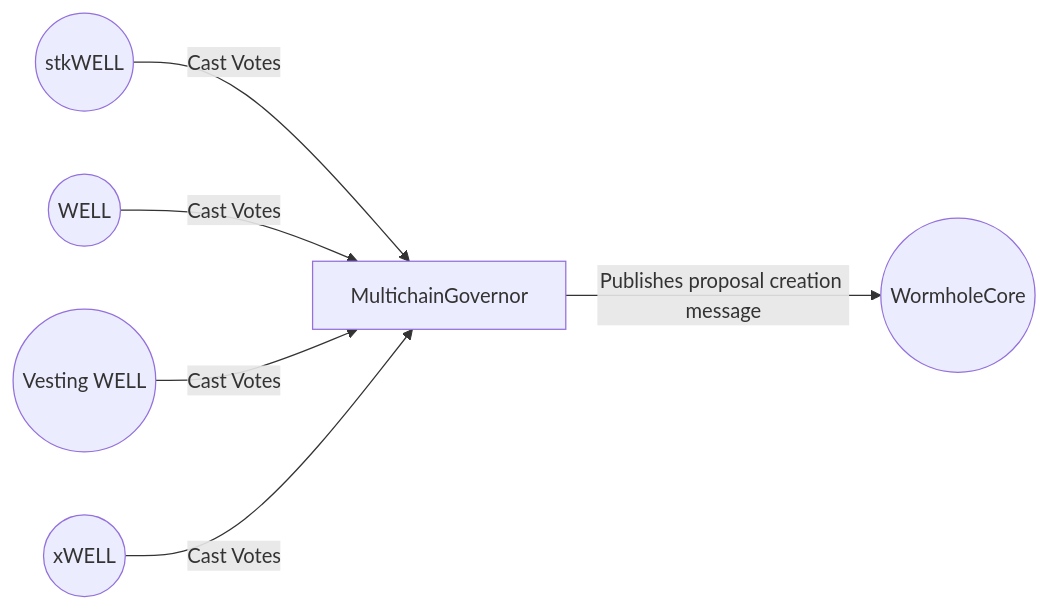
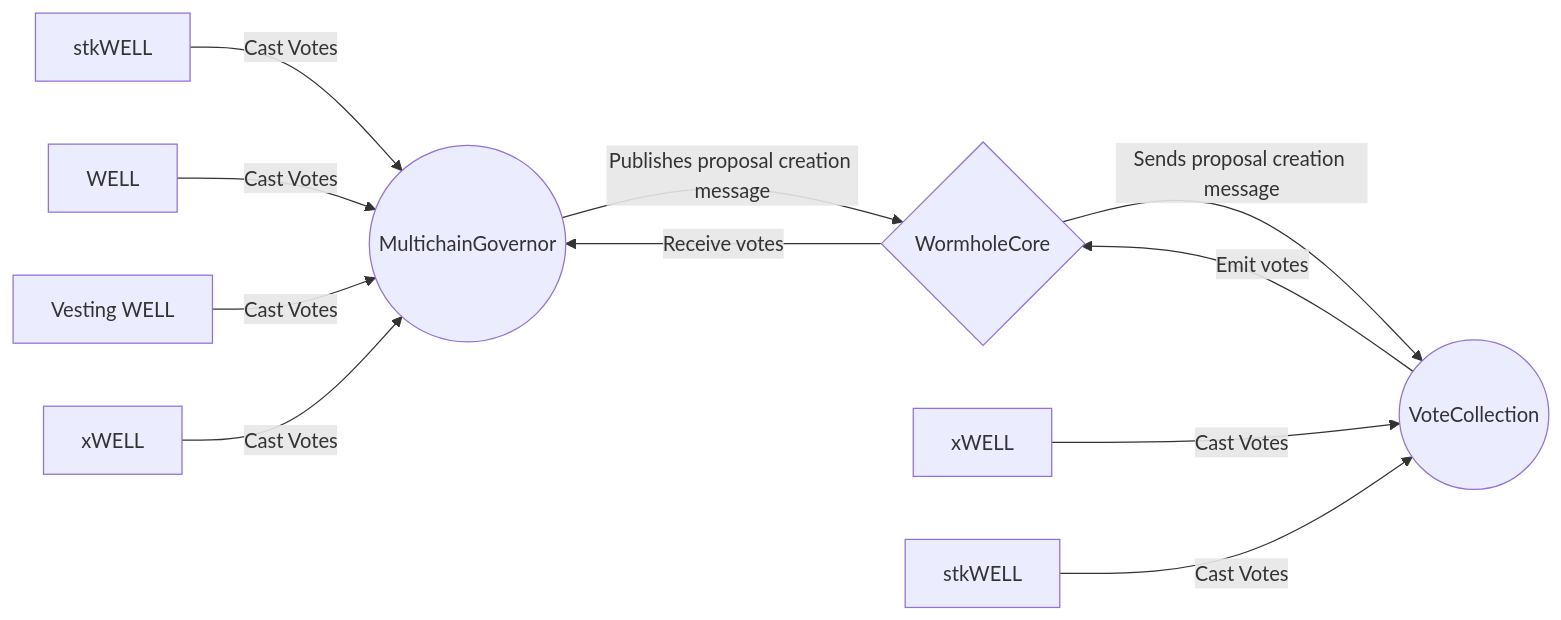
Before and after one commit to moonwell-fi/moonwell-contracts-v2: the second of 2 diagrams in docs/governance/contracts/MULTICHAINGOVERNOR.md, drawn with Mermaid.

Commit message:
update graph diagram

````diff
--- a/docs/governance/contracts/MULTICHAINGOVERNOR.md
+++ b/docs/governance/contracts/MULTICHAINGOVERNOR.md
@@ -34,8 +34,14 @@
 ```mermaid
 graph LR
-    mg[MultichainGovernor] -- Publishes proposal creation message --> wc((WormholeCore))
-    stkWell((stkWELL)) -- Cast Votes --> mg
-    well((WELL)) -- Cast Votes --> mg
-    vWell((Vesting WELL)) -- Cast Votes --> mg
-    xWell((xWELL)) -- Cast Votes --> mg
+    mg((MultichainGovernor)) -- Publishes proposal creation message --> wc{WormholeCore}
+    stkWell[stkWELL] -- Cast Votes --> mg
+    well[WELL] -- Cast Votes --> mg
+    vWell[Vesting WELL] -- Cast Votes --> mg
+    xWell[xWELL] -- Cast Votes --> mg
+
+    wc -- Sends proposal creation message --> vc((VoteCollection))
+    xWellBase[xWELL] -- Cast Votes --> vc
+    stkWellBase[stkWELL] -- Cast Votes --> vc
+    vc -- Emit votes --> wc
+    wc -- Receive votes --> mg
 ```
````
